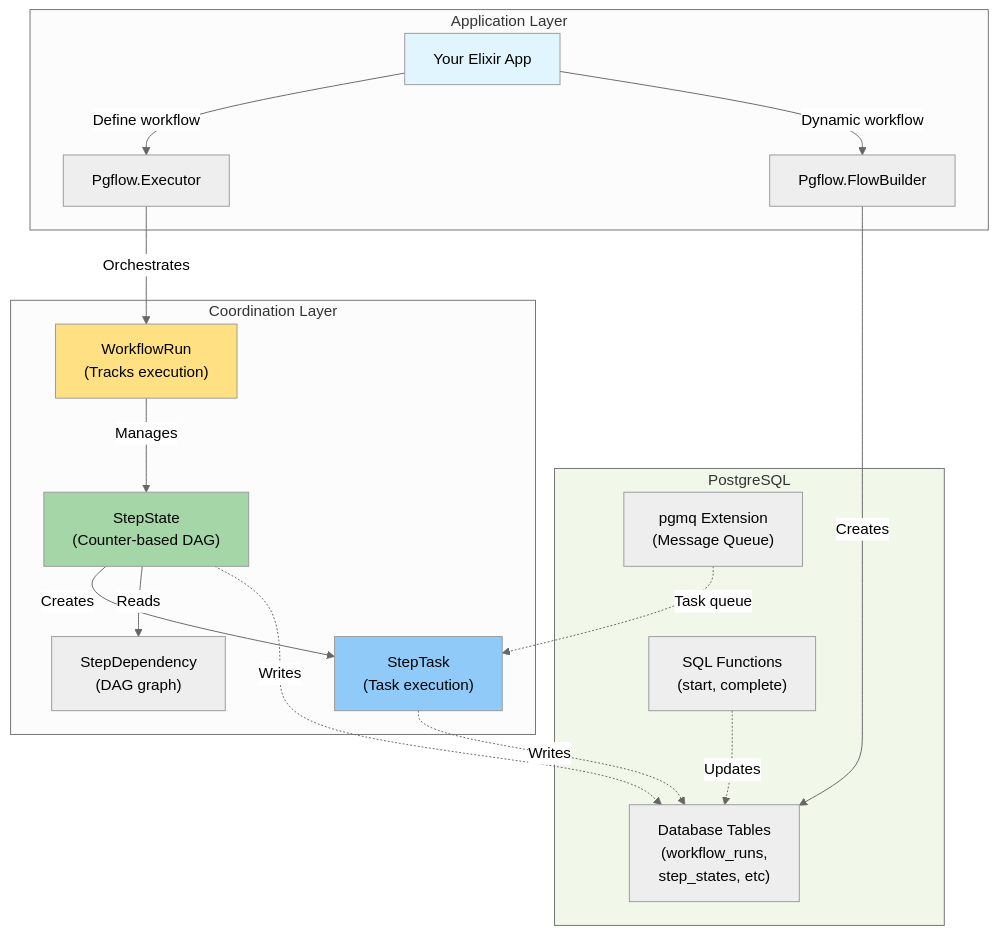
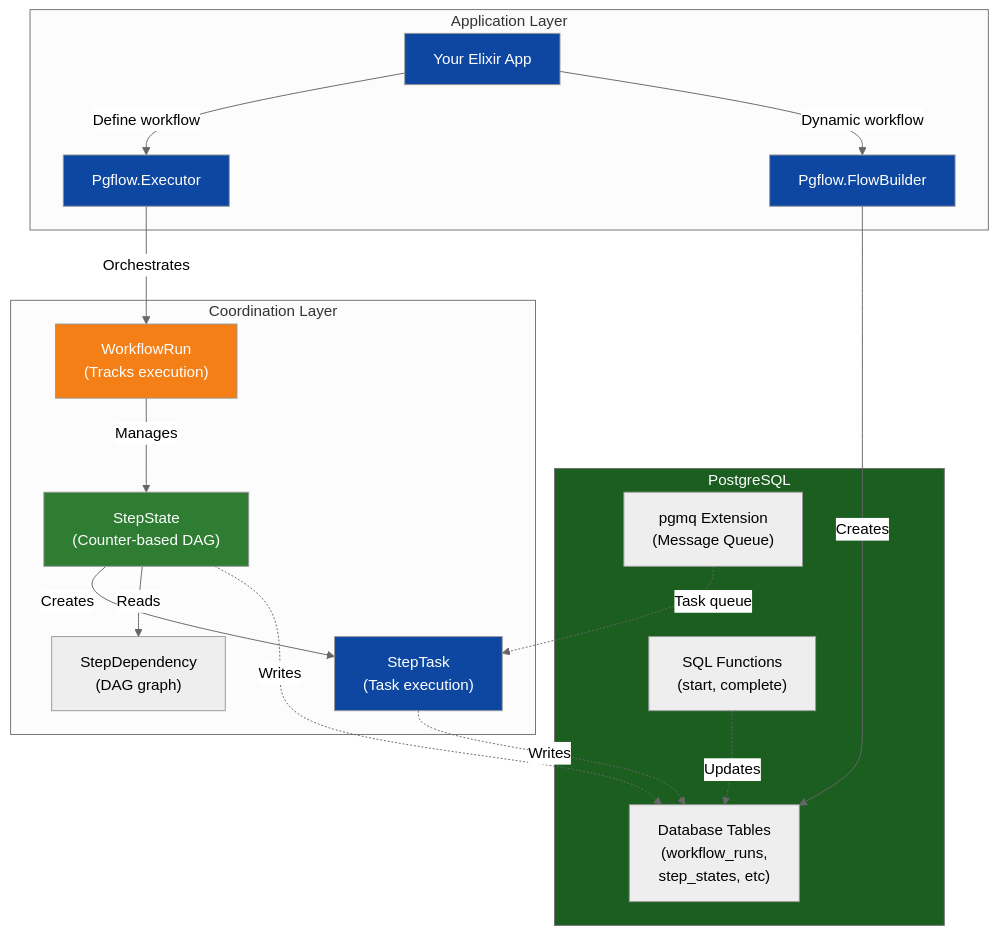
Before and after one commit to Singularity-ng/singularity-workflows: diagram 11 of 13 in README.md, drawn with Mermaid (neutral theme). The commit also changed other lines of this file, not shown here.

First line of the commit message:
Improve Mermaid diagram contrast for dark GitHub theme

````diff
--- a/README.md
+++ b/README.md
@@ -436,41 +436,43 @@
 ```mermaid
 graph TB
     subgraph "Application Layer"
         App[Your Elixir App]
         Executor[Pgflow.Executor]
         FlowBuilder[Pgflow.FlowBuilder]
     end
 
     subgraph "Coordination Layer"
         WorkflowRun["WorkflowRun<br/>(Tracks execution)"]
         StepState["StepState<br/>(Counter-based DAG)"]
         StepTask["StepTask<br/>(Task execution)"]
         StepDep["StepDependency<br/>(DAG graph)"]
     end
 
     subgraph "PostgreSQL"
         Tables["Database Tables<br/>(workflow_runs,<br/>step_states, etc)"]
         PGMQ["pgmq Extension<br/>(Message Queue)"]
         Functions["SQL Functions<br/>(start, complete)"]
     end
 
     App -->|Define workflow| Executor
     App -->|Dynamic workflow| FlowBuilder
     Executor -->|Orchestrates| WorkflowRun
     FlowBuilder -->|Creates| Tables
 
     WorkflowRun -->|Manages| StepState
     StepState -->|Creates| StepTask
     StepState -->|Reads| StepDep
 
     StepState -.->|Writes| Tables
     StepTask -.->|Writes| Tables
     PGMQ -.->|Task queue| StepTask
     Functions -.->|Updates| Tables
 
-    style App fill:#E1F5FE
-    style PostgreSQL fill:#F1F8E9
-    style WorkflowRun fill:#FFE082
-    style StepState fill:#A5D6A7
-    style StepTask fill:#90CAF9
+    style App fill:#0d47a1,color:#fff
+    style PostgreSQL fill:#1b5e20,color:#fff
+    style WorkflowRun fill:#f57f17,color:#fff
+    style StepState fill:#2e7d32,color:#fff
+    style StepTask fill:#0d47a1,color:#fff
+    style Executor fill:#0d47a1,color:#fff
+    style FlowBuilder fill:#0d47a1,color:#fff
 ```
````
